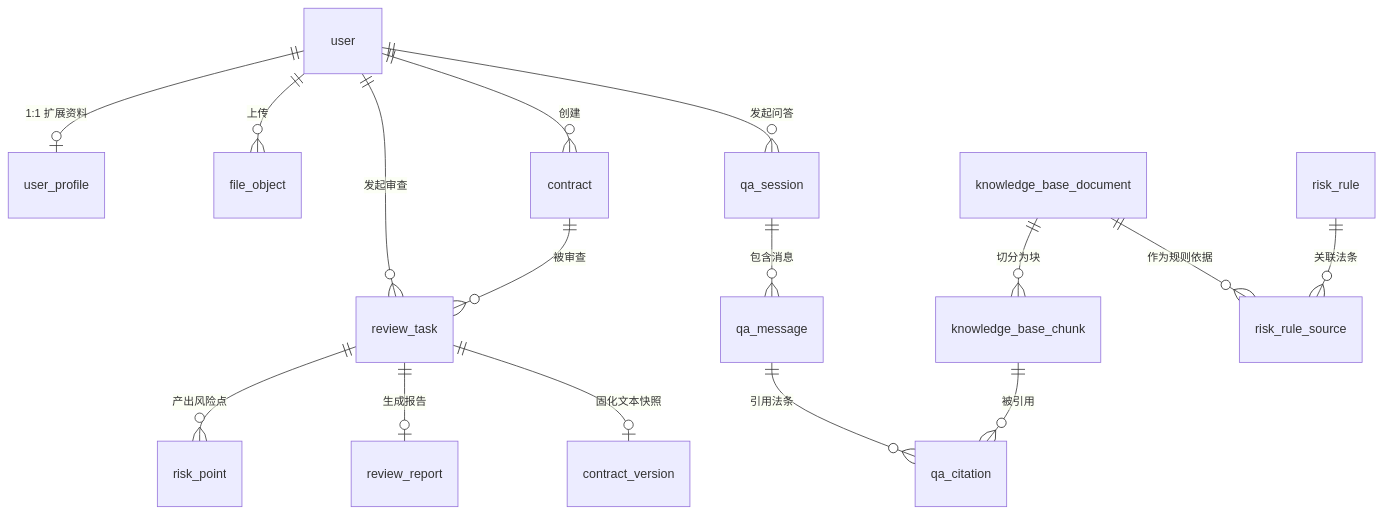
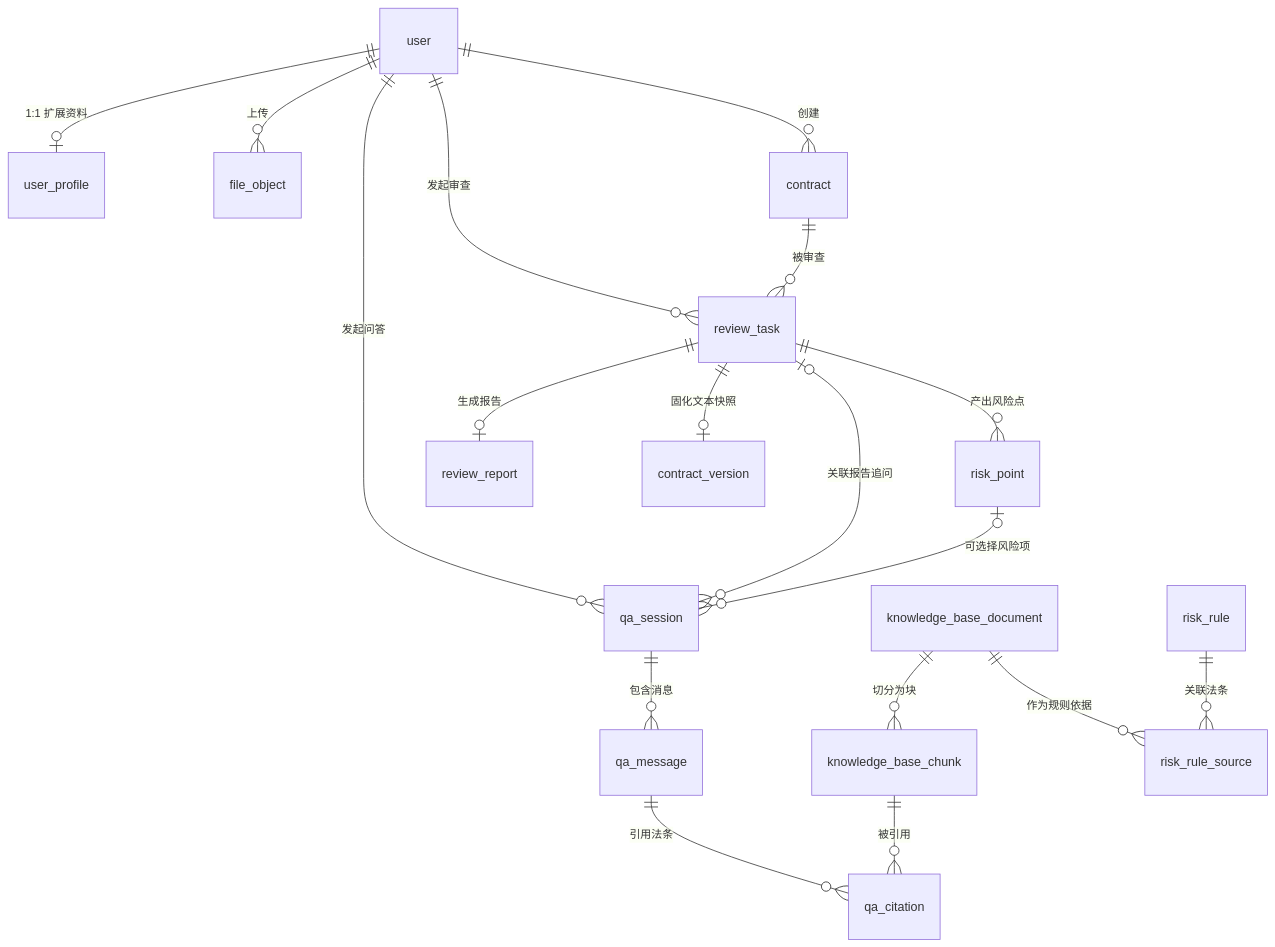
One commit to licat2023/law-wiz changed the diagram in docs/04-数据库设计.md. Above: the diagram before and after it, drawn with Mermaid. The commit also changed other lines of this file and 5 other files, not shown here.

````diff
--- a/docs/04-数据库设计.md
+++ b/docs/04-数据库设计.md
@@ -117,18 +117,20 @@
 ```mermaid
 erDiagram
     user ||--o| user_profile : "1:1 扩展资料"
     user ||--o{ file_object : "上传"
     user ||--o{ contract : "创建"
     user ||--o{ review_task : "发起审查"
     user ||--o{ qa_session : "发起问答"
     contract ||--o{ review_task : "被审查"
     review_task ||--o{ risk_point : "产出风险点"
     review_task ||--o| review_report : "生成报告"
     review_task ||--o| contract_version : "固化文本快照"
     qa_session ||--o{ qa_message : "包含消息"
+    review_task o|--o{ qa_session : "关联报告追问"
+    risk_point o|--o{ qa_session : "可选择风险项"
     qa_message ||--o{ qa_citation : "引用法条"
     knowledge_base_document ||--o{ knowledge_base_chunk : "切分为块"
     knowledge_base_chunk ||--o{ qa_citation : "被引用"
     knowledge_base_document ||--o{ risk_rule_source : "作为规则依据"
     risk_rule ||--o{ risk_rule_source : "关联法条"
 ```
````
